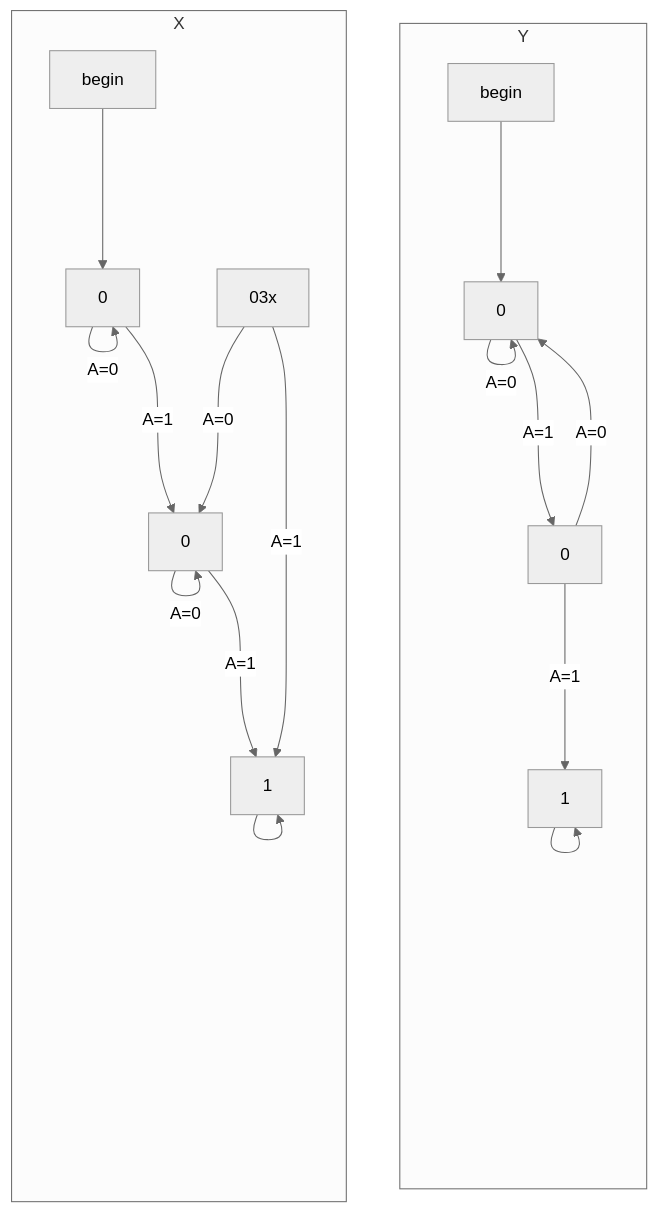
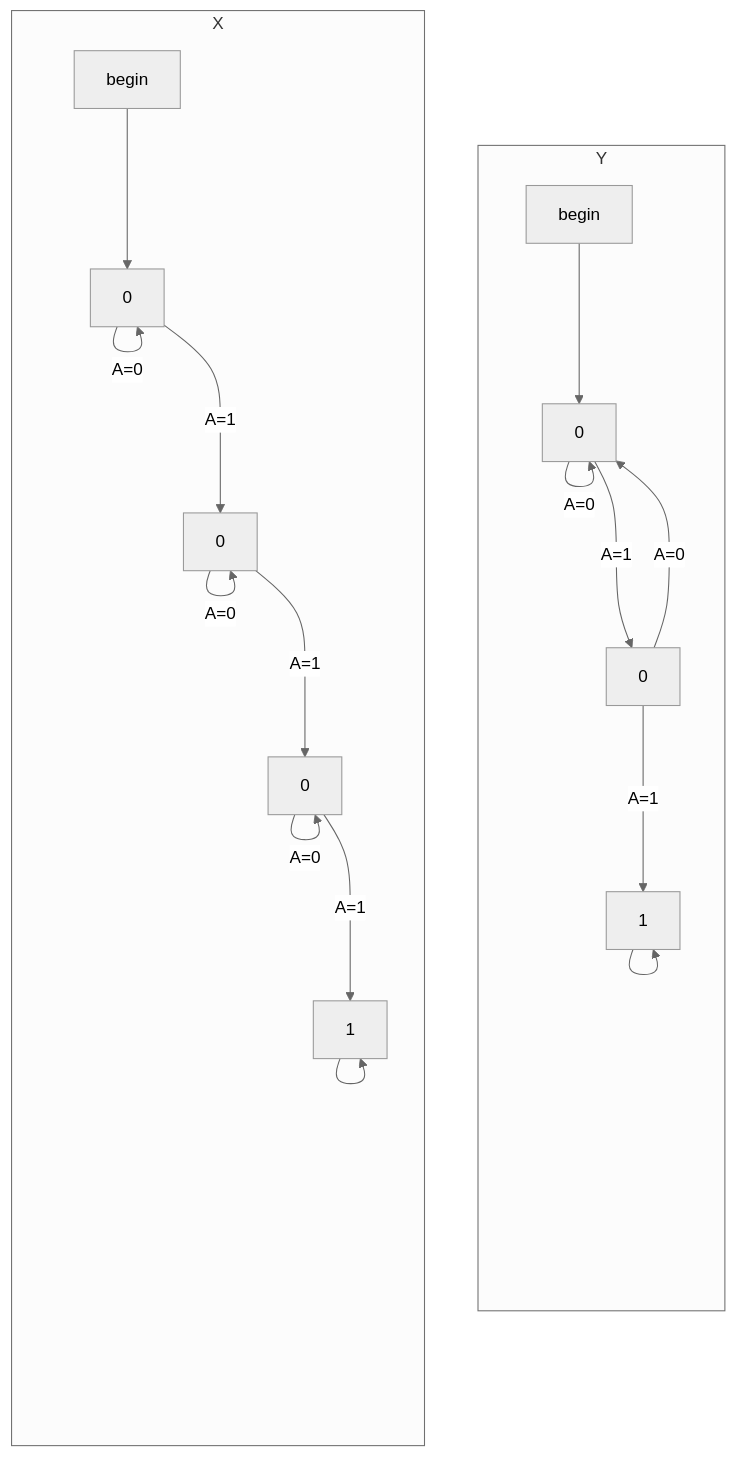
One commit to tnichols217/notes changed the diagram in CSDS 281 - Logic Design/HW/8/Tables.md. Above: the diagram before and after it, drawn with Mermaid (neutral theme).

Commit message:
vault backup: 2024-04-03 22:08:54

````diff
--- a/CSDS 281 - Logic Design/HW/8/Tables.md
+++ b/CSDS 281 - Logic Design/HW/8/Tables.md
@@ -1,22 +1,22 @@
 ```mermaid
 flowchart LR
 subgraph X
 beginx[begin] ---> 01x
 01x[0] --->|A=0| 01x
 01x --->|A=1| 02x[0]
 02x --->|A=0| 02x
-02x --->|A=1| 1x[1]
-03x --->|A=0| 02x
+02x --->|A=1| 03x[0]
+03x --->|A=0| 03x
 03x --->|A=1| 1x[1]
 1x ---> 1x
 end
 X ~~~ Y
 subgraph Y
 beginy[begin] ---> 01y
 01y[0] --->|A=0| 01y
 01y --->|A=1| 02y[0]
 02y --->|A=0| 01y
 02y --->|A=1| 1y[1]
 1y ---> 1y
 end
 ```
````
